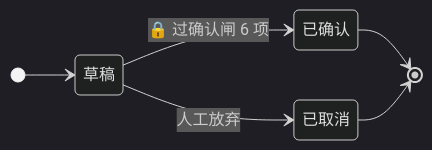
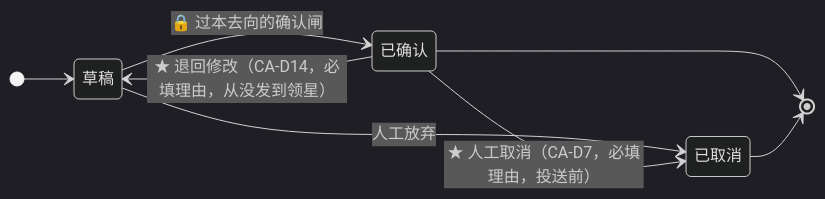
The second of 3 diagrams in docs/04-状态流转.md (DuoWeiTree/service_supplychain), drawn with Mermaid (dark theme) before and after one commit. The commit also changed other lines of this file and 223 other files, not shown here.

````diff
--- a/docs/04-状态流转.md
+++ b/docs/04-状态流转.md
@@ -563,13 +565,15 @@
 ```mermaid
 stateDiagram-v2
     direction LR
     state "草稿" as draft
     state "已确认" as confirmed
     state "已取消" as cancelled
     [*] --> draft
 
-    draft --> confirmed : 🔒 过确认闸 6 项
+    draft --> confirmed : 🔒 过本去向的确认闸
     draft --> cancelled : 人工放弃
+    confirmed --> cancelled : ★ 人工取消（CA-D7，必填理由，投送前）
+    confirmed --> draft : ★ 退回修改（CA-D14，必填理由，从没发到领星）
     confirmed --> [*]
     cancelled --> [*]
 ```
````
